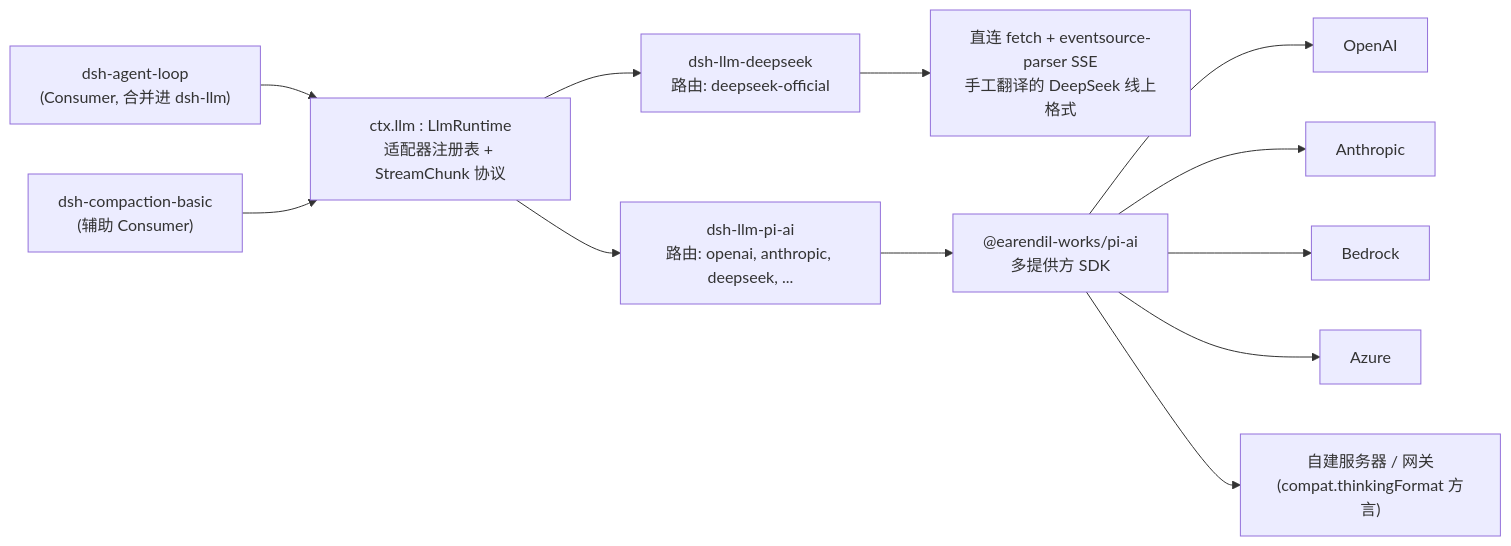
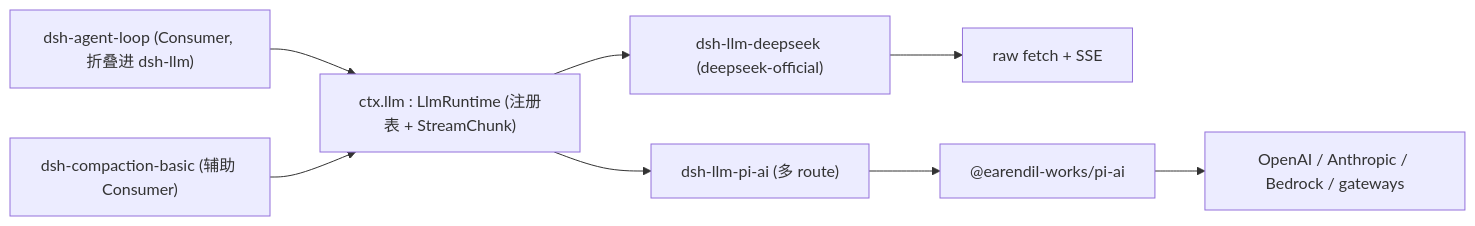
Before and after one commit to moonaiai/learn-deepseek-harness: the diagram in content/chapters/s11-llm-seam/README.zh.md, drawn with Mermaid. The commit also changed other lines of this file and 2 other files, not shown here.

First line of the commit message:
refactor(s11): rewrite LLM seam as its own information architecture

````diff
--- a/content/chapters/s11-llm-seam/README.zh.md
+++ b/content/chapters/s11-llm-seam/README.zh.md
@@ -98,20 +101,13 @@
 ```mermaid
 flowchart LR
-  loop["dsh-agent-loop<br/>(Consumer, 合并进 dsh-llm)"]
-  compaction["dsh-compaction-basic<br/>(辅助 Consumer)"]
-  svc["ctx.llm : LlmRuntime<br/>适配器注册表 + StreamChunk 协议"]
-
+  loop["dsh-agent-loop (Consumer, 折叠进 dsh-llm)"]
+  compaction["dsh-compaction-basic (辅助 Consumer)"]
+  svc["ctx.llm : LlmRuntime (注册表 + StreamChunk)"]
   loop --> svc
   compaction --> svc
-
-  svc --> deepseek["dsh-llm-deepseek<br/>路由: deepseek-official"]
-  svc --> piai["dsh-llm-pi-ai<br/>路由: openai, anthropic, deepseek, ..."]
-
-  deepseek --> ds_wire["直连 fetch + eventsource-parser SSE<br/>手工翻译的 DeepSeek 线上格式"]
-  piai --> piai_sdk["@earendil-works/pi-ai<br/>多提供方 SDK"]
-  piai_sdk --> openai_ep["OpenAI"]
-  piai_sdk --> anthropic_ep["Anthropic"]
-  piai_sdk --> bedrock_ep["Bedrock"]
-  piai_sdk --> azure_ep["Azure"]
-  piai_sdk --> gateway_ep["自建服务器 / 网关<br/>(compat.thinkingFormat 方言)"]
+  svc --> deepseek["dsh-llm-deepseek (deepseek-official)"]
+  svc --> piai["dsh-llm-pi-ai (多 route)"]
+  deepseek --> ds_wire["raw fetch + SSE"]
+  piai --> piai_sdk["@earendil-works/pi-ai"]
+  piai_sdk --> eps["OpenAI / Anthropic / Bedrock / gateways"]
 ```
````
